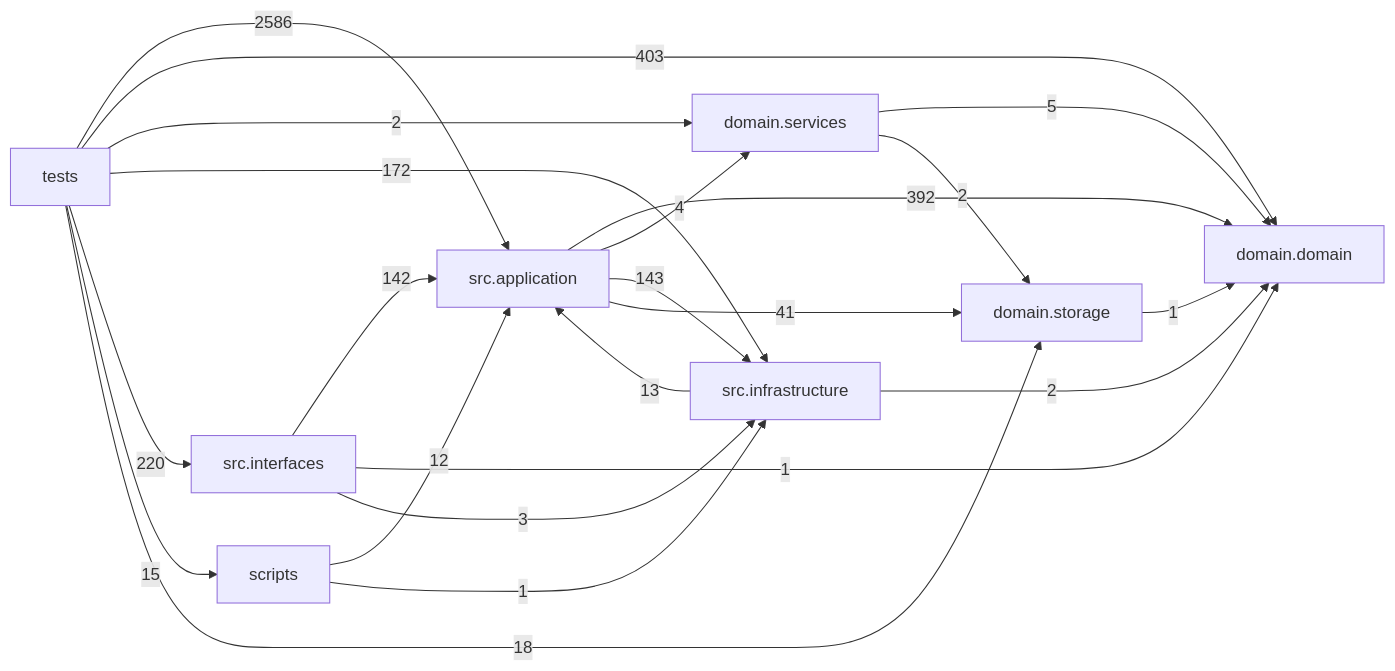
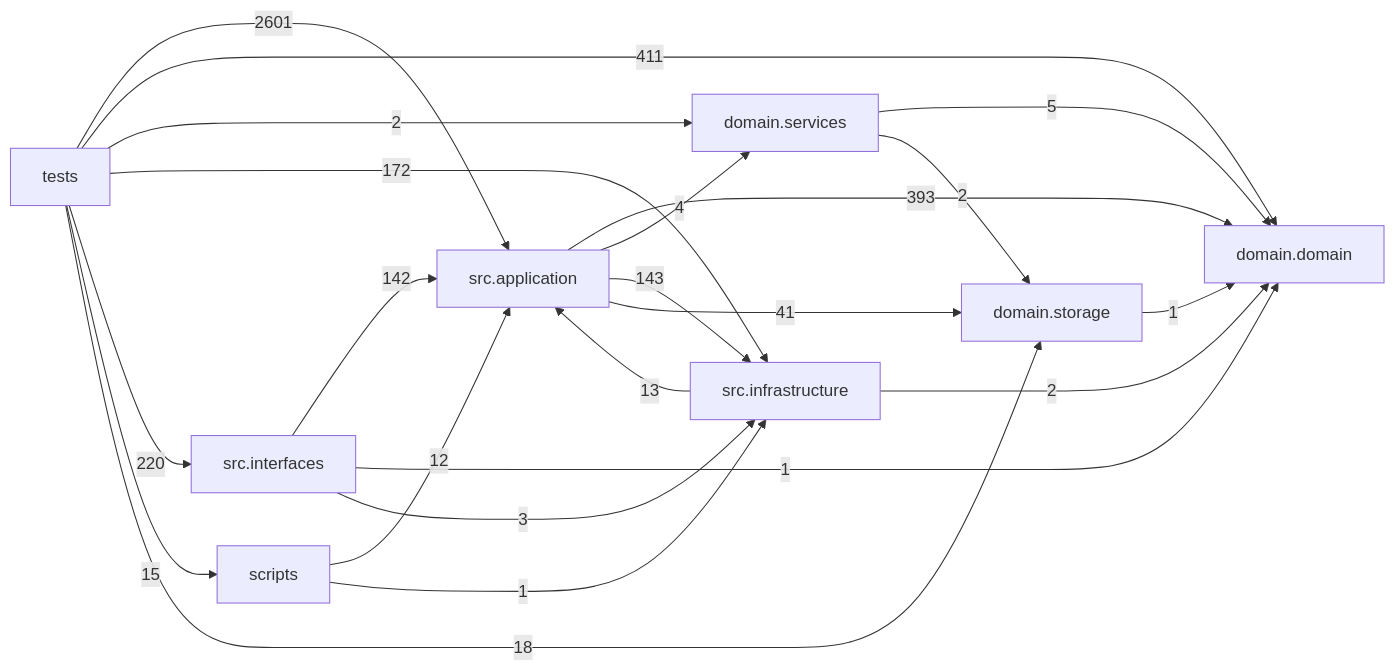
The diagram in docs/DEPENDENCY_GRAPH.md (liuxie066/options-monitor), drawn with Mermaid before and after one commit. The commit also changed other lines of this file and 43 other files, not shown here.

````diff
--- a/docs/DEPENDENCY_GRAPH.md
+++ b/docs/DEPENDENCY_GRAPH.md
@@ -24,32 +24,32 @@
 ```mermaid
 flowchart LR
   tests["tests"]
   scripts["scripts"]
   interfaces["src.interfaces"]
   application["src.application"]
   infrastructure["src.infrastructure"]
   domain_services["domain.services"]
   domain["domain.domain"]
   storage["domain.storage"]
-  application -->|392| domain
+  application -->|393| domain
   application -->|4| domain_services
   application -->|143| infrastructure
   application -->|41| storage
   domain_services -->|5| domain
   domain_services -->|2| storage
   infrastructure -->|13| application
   infrastructure -->|2| domain
   interfaces -->|142| application
   interfaces -->|1| domain
   interfaces -->|3| infrastructure
   scripts -->|12| application
   scripts -->|1| infrastructure
   storage -->|1| domain
-  tests -->|2586| application
-  tests -->|403| domain
+  tests -->|2601| application
+  tests -->|411| domain
   tests -->|2| domain_services
   tests -->|172| infrastructure
   tests -->|220| interfaces
   tests -->|15| scripts
   tests -->|18| storage
 ```
````
